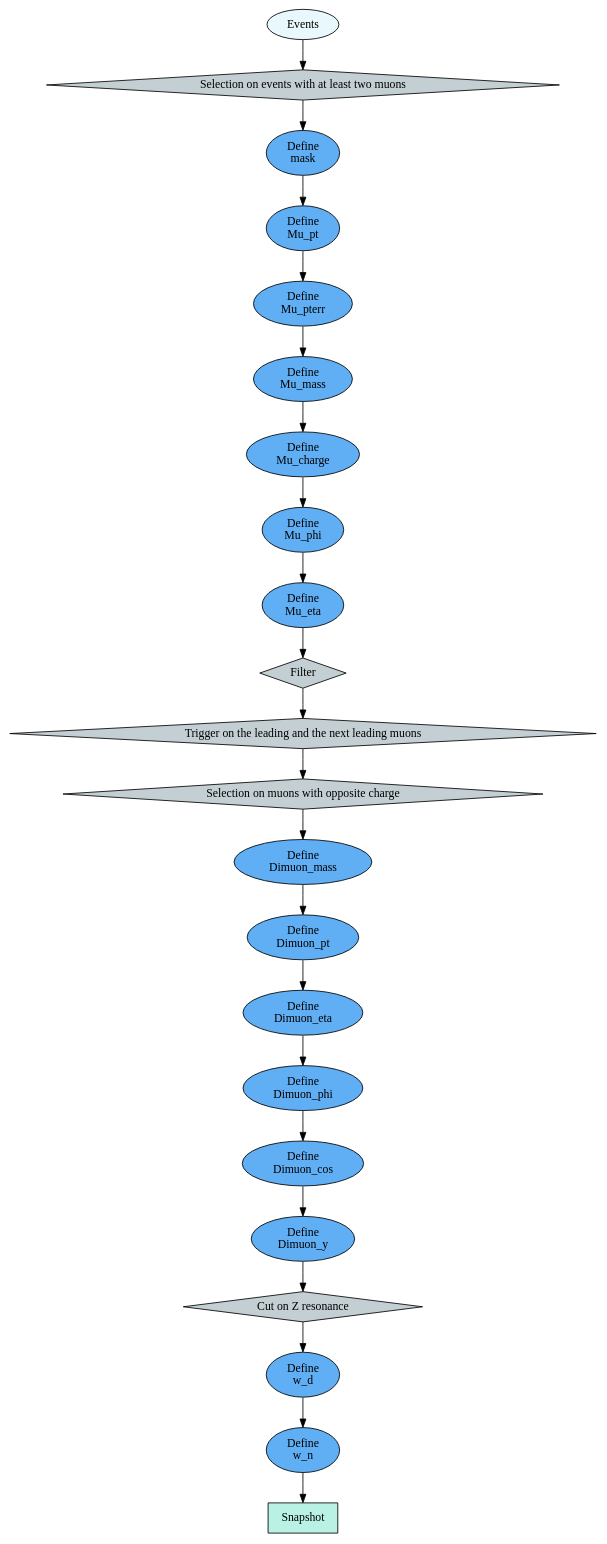
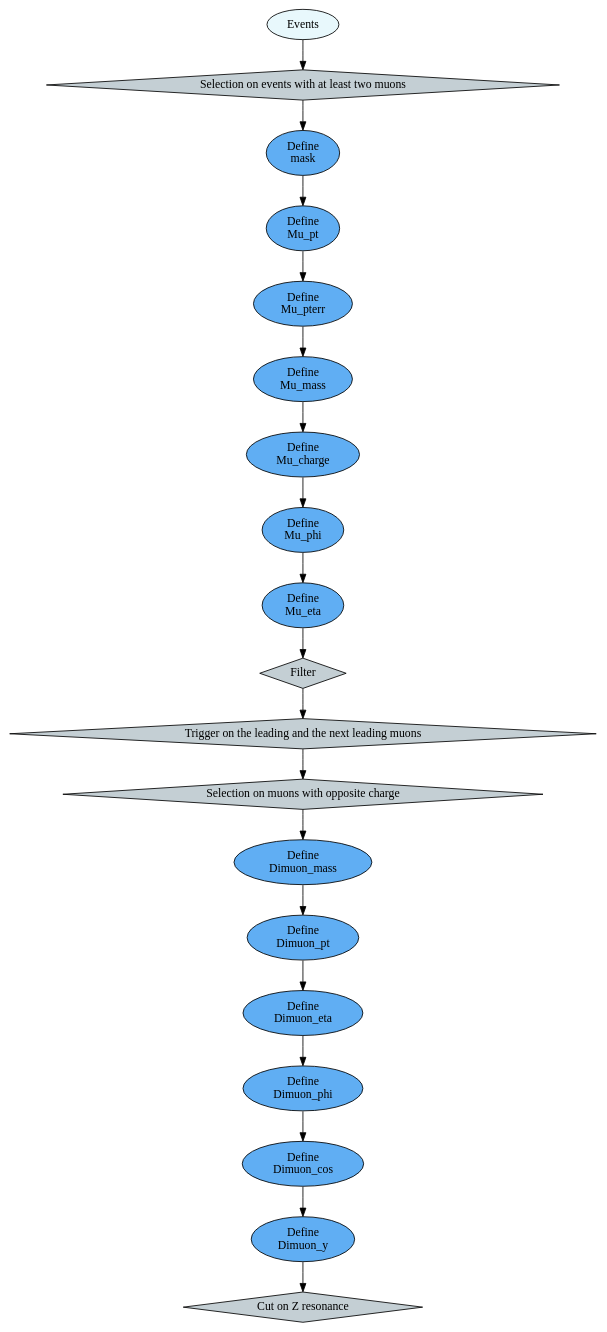
The diagram in Z_asymmetry/rdf_main2.dot (Mara-185/dimuon_invm), drawn with Graphviz before and after one commit. The commit also changed 99 other files, not shown here.

```diff
--- a/Z_asymmetry/rdf_main2.dot
+++ b/Z_asymmetry/rdf_main2.dot
@@ -1,60 +1,52 @@
 digraph {
-	20 [label="Snapshot", style="filled", fillcolor="#baf1e5", shape="box"];
-	21 [label="Define
-w_n", style="filled", fillcolor="#60aef3", shape="oval"];
-	22 [label="Define
-w_d", style="filled", fillcolor="#60aef3", shape="oval"];
 	13 [label="Cut on Z resonance", style="filled", fillcolor="#c4cfd4", shape="diamond"];
 	14 [label="Define
 Dimuon_y", style="filled", fillcolor="#60aef3", shape="oval"];
 	15 [label="Define
 Dimuon_cos", style="filled", fillcolor="#60aef3", shape="oval"];
 	16 [label="Define
 Dimuon_phi", style="filled", fillcolor="#60aef3", shape="oval"];
 	17 [label="Define
 Dimuon_eta", style="filled", fillcolor="#60aef3", shape="oval"];
 	18 [label="Define
 Dimuon_pt", style="filled", fillcolor="#60aef3", shape="oval"];
 	19 [label="Define
 Dimuon_mass", style="filled", fillcolor="#60aef3", shape="oval"];
 	12 [label="Selection on muons with opposite charge", style="filled", fillcolor="#c4cfd4", shape="diamond"];
 	11 [label="Trigger on the leading and the next leading muons", style="filled", fillcolor="#c4cfd4", shape="diamond"];
 	3 [label="Filter", style="filled", fillcolor="#c4cfd4", shape="diamond"];
 	4 [label="Define
 Mu_eta", style="filled", fillcolor="#60aef3", shape="oval"];
 	5 [label="Define
 Mu_phi", style="filled", fillcolor="#60aef3", shape="oval"];
 	6 [label="Define
 Mu_charge", style="filled", fillcolor="#60aef3", shape="oval"];
 	7 [label="Define
 Mu_mass", style="filled", fillcolor="#60aef3", shape="oval"];
 	8 [label="Define
 Mu_pterr", style="filled", fillcolor="#60aef3", shape="oval"];
 	9 [label="Define
 Mu_pt", style="filled", fillcolor="#60aef3", shape="oval"];
 	10 [label="Define
 mask", style="filled", fillcolor="#60aef3", shape="oval"];
 	2 [label="Selection on events with at least two muons", style="filled", fillcolor="#c4cfd4", shape="diamond"];
 	0 [label="Events", style="filled", fillcolor="#e8f8fc", shape="oval"];
-	21 -> 20;
-	22 -> 21;
-	13 -> 22;
 	14 -> 13;
 	15 -> 14;
 	16 -> 15;
 	17 -> 16;
 	18 -> 17;
 	19 -> 18;
 	12 -> 19;
 	11 -> 12;
 	3 -> 11;
 	4 -> 3;
 	5 -> 4;
 	6 -> 5;
 	7 -> 6;
 	8 -> 7;
 	9 -> 8;
 	10 -> 9;
 	2 -> 10;
 	0 -> 2;
 }
```
